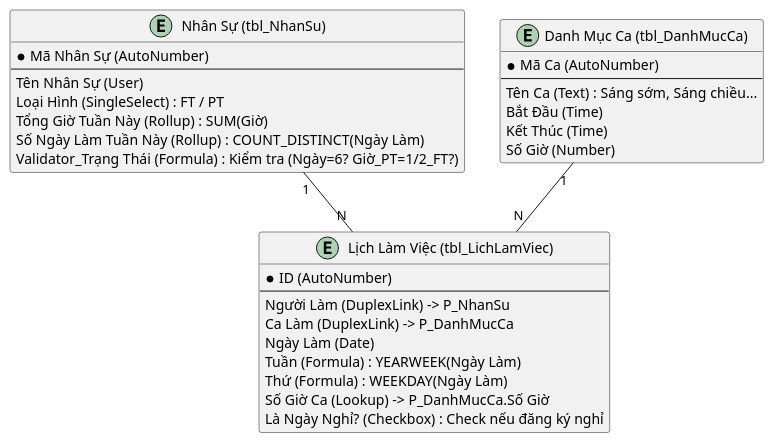
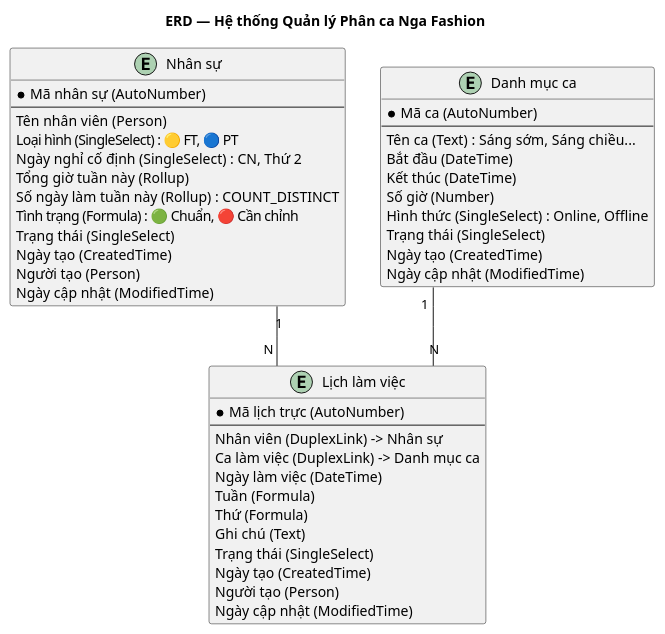
The third of 4 diagrams in 05_Clients/_NgaFashion/04_UML_Design.md (stevenguyen090/Knowledge-Lark-Consult), drawn with PlantUML before and after one commit. The commit also changed other lines of this file and 1 other file, not shown here.

````diff
--- a/05_Clients/_NgaFashion/04_UML_Design.md
+++ b/05_Clients/_NgaFashion/04_UML_Design.md
@@ -40,37 +96,52 @@
 ```plantuml
 @startuml
-entity "Nhân Sự (tbl_NhanSu)" as P_NhanSu {
-  * Mã Nhân Sự (AutoNumber)
+title **ERD — Hệ thống Quản lý Phân ca Nga Fashion**
+skinparam linetype ortho
+
+entity "Nhân sự" as P_NhanSu {
+  * Mã nhân sự (AutoNumber)
   --
-  Tên Nhân Sự (User)
-  Loại Hình (SingleSelect) : FT / PT
-  Tổng Giờ Tuần Này (Rollup) : SUM(Giờ)
-  Số Ngày Làm Tuần Này (Rollup) : COUNT_DISTINCT(Ngày Làm)
-  Validator_Trạng Thái (Formula) : Kiểm tra (Ngày=6? Giờ_PT=1/2_FT?)
+  Tên nhân viên (Person)
+  Loại hình (SingleSelect) : 🟡 FT, 🔵 PT
+  Ngày nghỉ cố định (SingleSelect) : CN, Thứ 2
+  Tổng giờ tuần này (Rollup)
+  Số ngày làm tuần này (Rollup) : COUNT_DISTINCT
+  Tình trạng (Formula) : 🟢 Chuẩn, 🔴 Cần chỉnh
+  Trạng thái (SingleSelect)
+  Ngày tạo (CreatedTime)
+  Người tạo (Person)
+  Ngày cập nhật (ModifiedTime)
 }
 
-entity "Danh Mục Ca (tbl_DanhMucCa)" as P_DanhMucCa {
-  * Mã Ca (AutoNumber)
+entity "Danh mục ca" as P_DanhMucCa {
+  * Mã ca (AutoNumber)
   --
-  Tên Ca (Text) : Sáng sớm, Sáng chiều...
-  Bắt Đầu (Time)
-  Kết Thúc (Time)
-  Số Giờ (Number)
+  Tên ca (Text) : Sáng sớm, Sáng chiều...
+  Bắt đầu (DateTime)
+  Kết thúc (DateTime)
+  Số giờ (Number)
+  Hình thức (SingleSelect) : Online, Offline
+  Trạng thái (SingleSelect)
+  Ngày tạo (CreatedTime)
+  Ngày cập nhật (ModifiedTime)
 }
 
-entity "Lịch Làm Việc (tbl_LichLamViec)" as P_LichLamViec {
-  * ID (AutoNumber)
+entity "Lịch làm việc" as P_LichLamViec {
+  * Mã lịch trực (AutoNumber)
   --
-  Người Làm (DuplexLink) -> P_NhanSu
-  Ca Làm (DuplexLink) -> P_DanhMucCa
-  Ngày Làm (Date)
-  Tuần (Formula) : YEARWEEK(Ngày Làm)
-  Thứ (Formula) : WEEKDAY(Ngày Làm)
-  Số Giờ Ca (Lookup) -> P_DanhMucCa.Số Giờ
-  Là Ngày Nghỉ? (Checkbox) : Check nếu đăng ký nghỉ
+  Nhân viên (DuplexLink) -> Nhân sự
+  Ca làm việc (DuplexLink) -> Danh mục ca
+  Ngày làm việc (DateTime)
+  Tuần (Formula)
+  Thứ (Formula)
+  Ghi chú (Text)
+  Trạng thái (SingleSelect)
+  Ngày tạo (CreatedTime)
+  Người tạo (Person)
+  Ngày cập nhật (ModifiedTime)
 }
 
 P_NhanSu "1" -- "N" P_LichLamViec
 P_DanhMucCa "1" -- "N" P_LichLamViec
 @enduml
 ```
````
